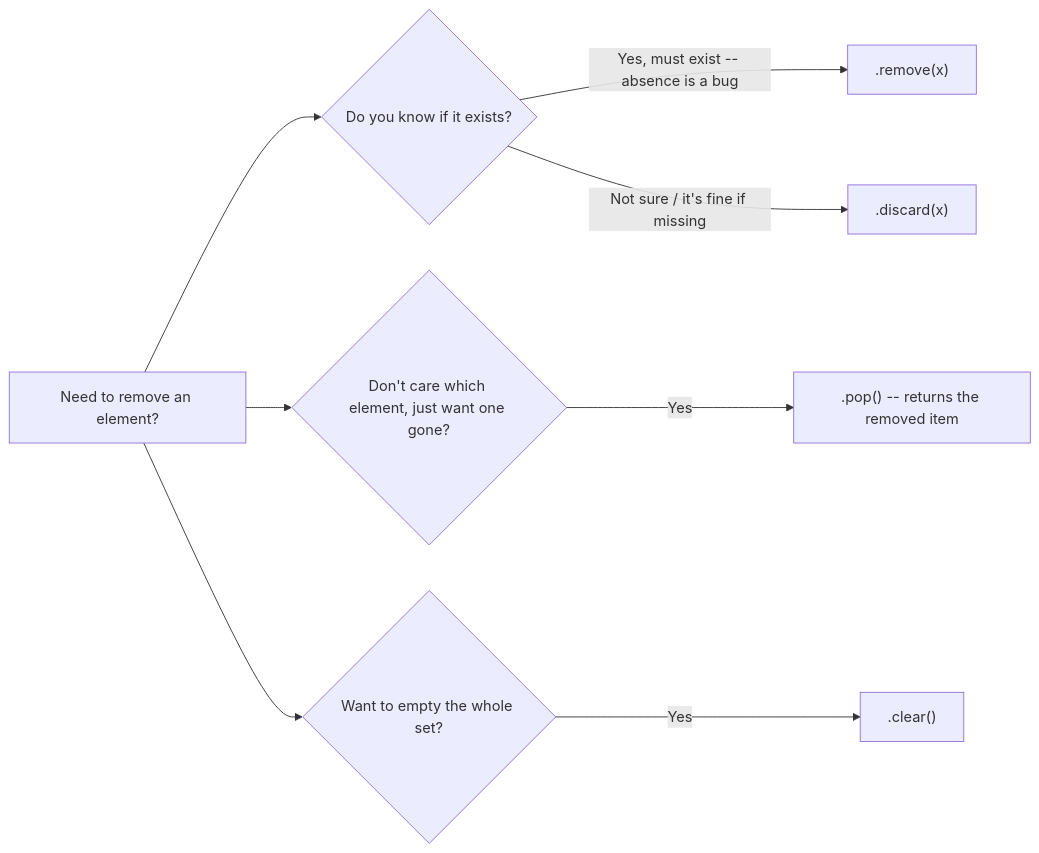
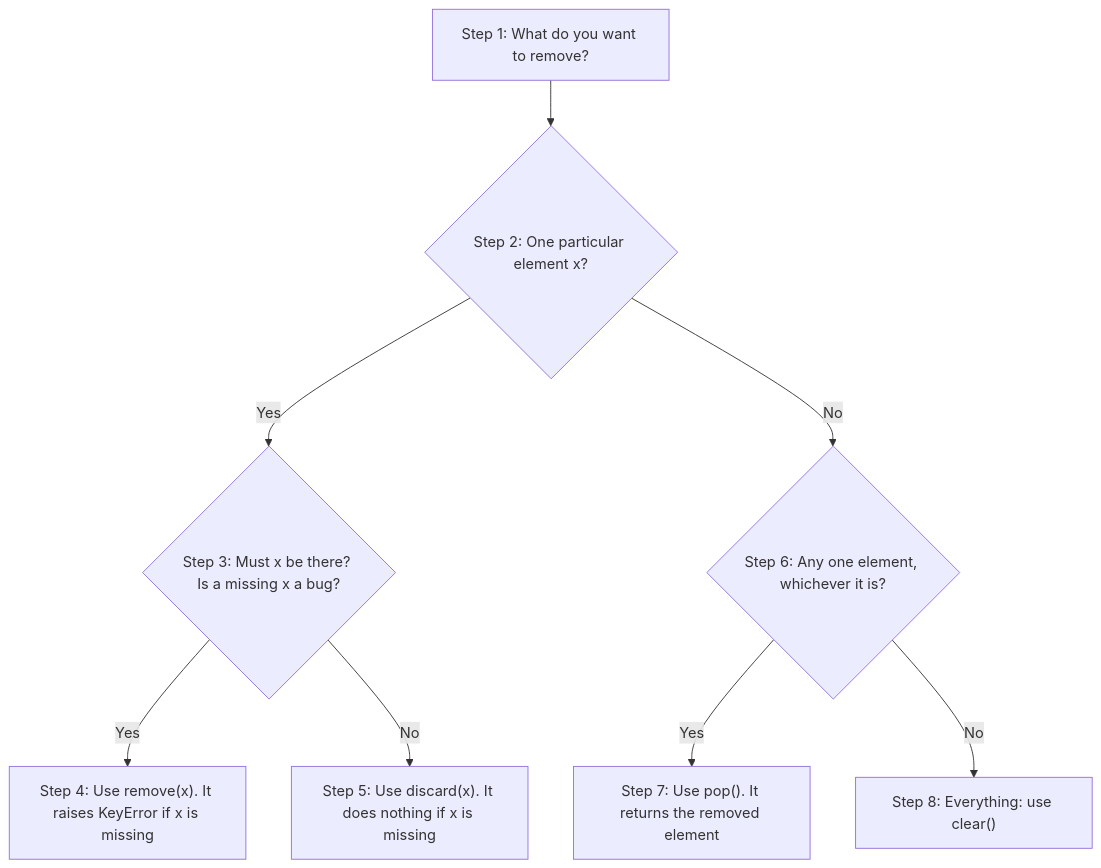
One commit to ag999git/001-mkdocs changed the sixth of 8 diagrams in docs/19-tuples-dicts-sets/95-ch19-sets-conceptual-qa.md. Above: the diagram before and after it, drawn with Mermaid. The commit also changed other lines of this file, not shown here.

````diff
--- a/docs/19-tuples-dicts-sets/95-ch19-sets-conceptual-qa.md
+++ b/docs/19-tuples-dicts-sets/95-ch19-sets-conceptual-qa.md
@@ -311,17 +1215,10 @@
 ```mermaid
-flowchart LR
-
-A[Need to remove an element?] --> B{Do you know if it exists?}
-
-B -->|Yes, must exist -- absence is a bug| C[".remove(x)"]
-
-B -->|Not sure / it's fine if missing| D[".discard(x)"]
-
-A --> E{Don't care which element, just want one gone?}
-
-E -->|Yes| F[".pop() -- returns the removed item"]
-
-A --> G{Want to empty the whole set?}
-
-G -->|Yes| H[".clear()"]
+flowchart TD
+    A["Step 1: What do you want to remove?"] --> B{"Step 2: One particular element x?"}
+    B -- Yes --> C{"Step 3: Must x be there? Is a missing x a bug?"}
+    C -- Yes --> D["Step 4: Use remove(x). It raises KeyError if x is missing"]
+    C -- No --> E["Step 5: Use discard(x). It does nothing if x is missing"]
+    B -- No --> F{"Step 6: Any one element, whichever it is?"}
+    F -- Yes --> G["Step 7: Use pop(). It returns the removed element"]
+    F -- No --> H["Step 8: Everything: use clear()"]
 ```
````
